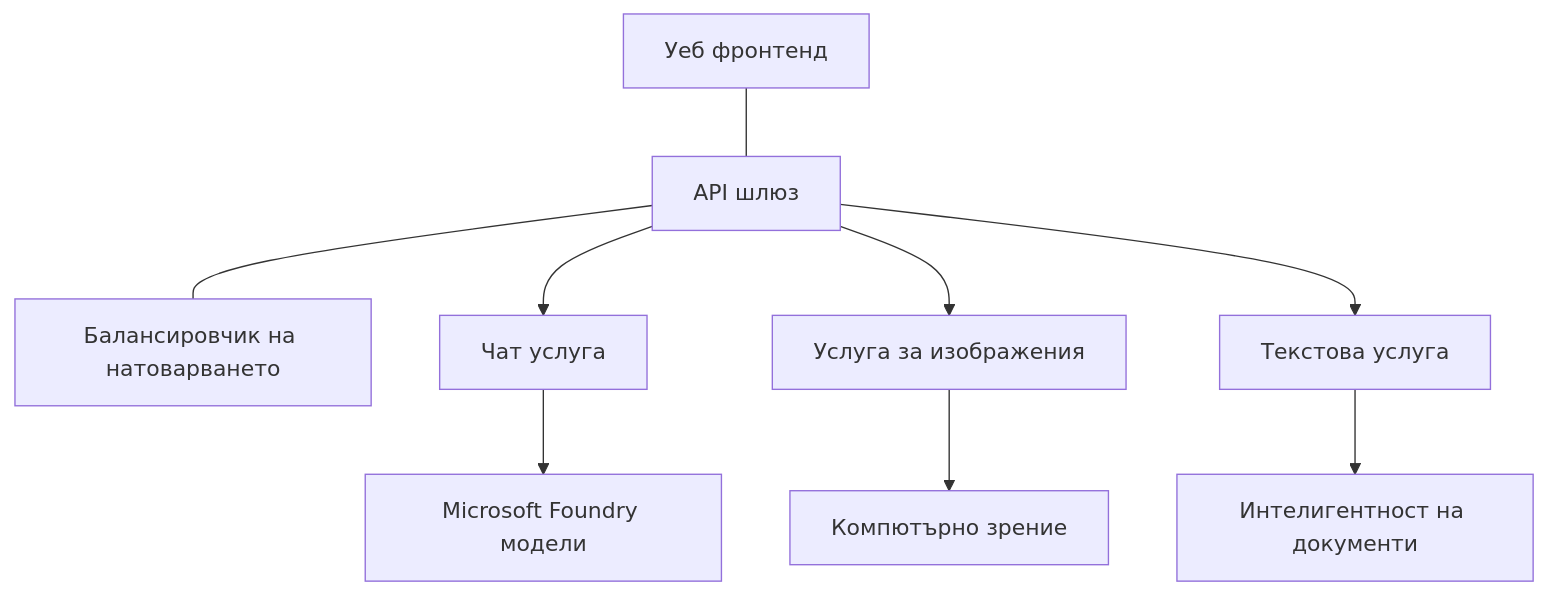
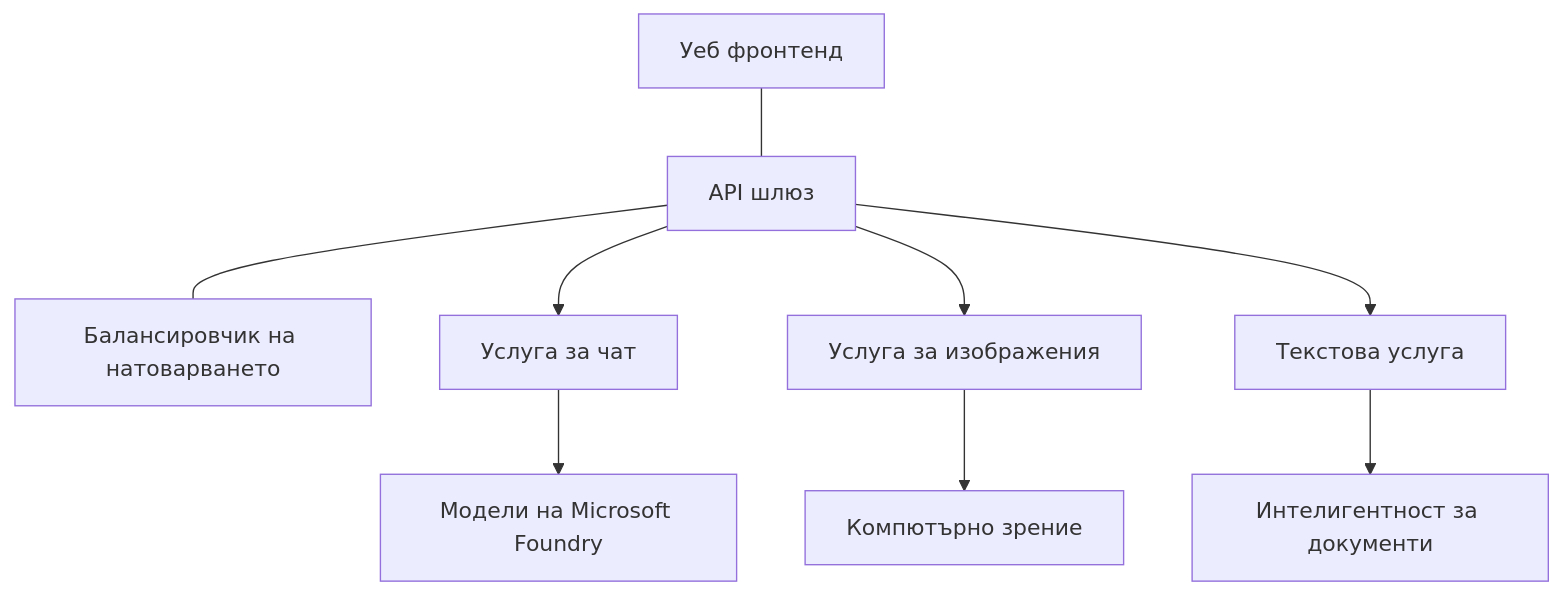
The diagram in translations/bg/docs/chapter-08-production/production-ai-practices.md (microsoft/AZD-for-beginners), drawn with Mermaid before and after one commit. The commit also changed other lines of this file and 104 other files, not shown here.

````diff
--- a/translations/bg/docs/chapter-08-production/production-ai-practices.md
+++ b/translations/bg/docs/chapter-08-production/production-ai-practices.md
@@ -30,10 +30,10 @@
 ```mermaid
 graph TD
     Frontend[Уеб фронтенд] --- Gateway[API шлюз] --- LB[Балансировчик на натоварването]
-    Gateway --> Chat[Чат услуга]
+    Gateway --> Chat[Услуга за чат]
     Gateway --> Image[Услуга за изображения]
     Gateway --> Text[Текстова услуга]
-    Chat --> OpenAI[Microsoft Foundry модели]
+    Chat --> OpenAI[Модели на Microsoft Foundry]
     Image --> Vision[Компютърно зрение]
-    Text --> DocIntel[Интелигентност на документи]
+    Text --> DocIntel[Интелигентност за документи]
 ```
````
